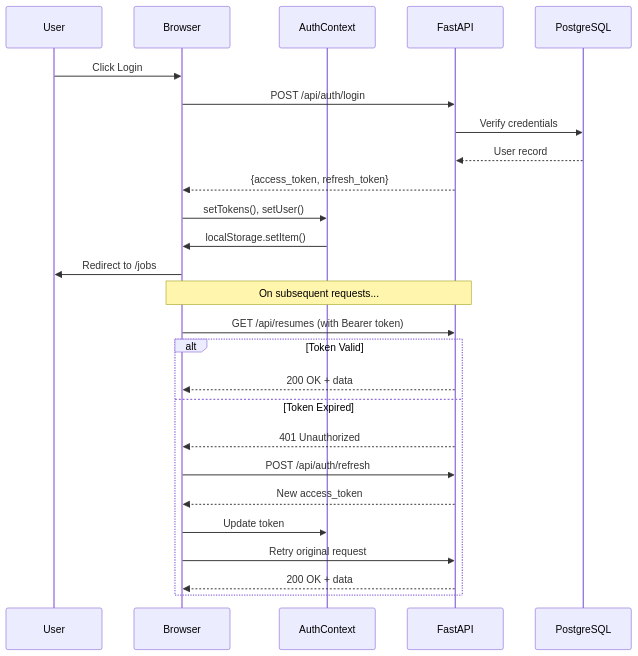
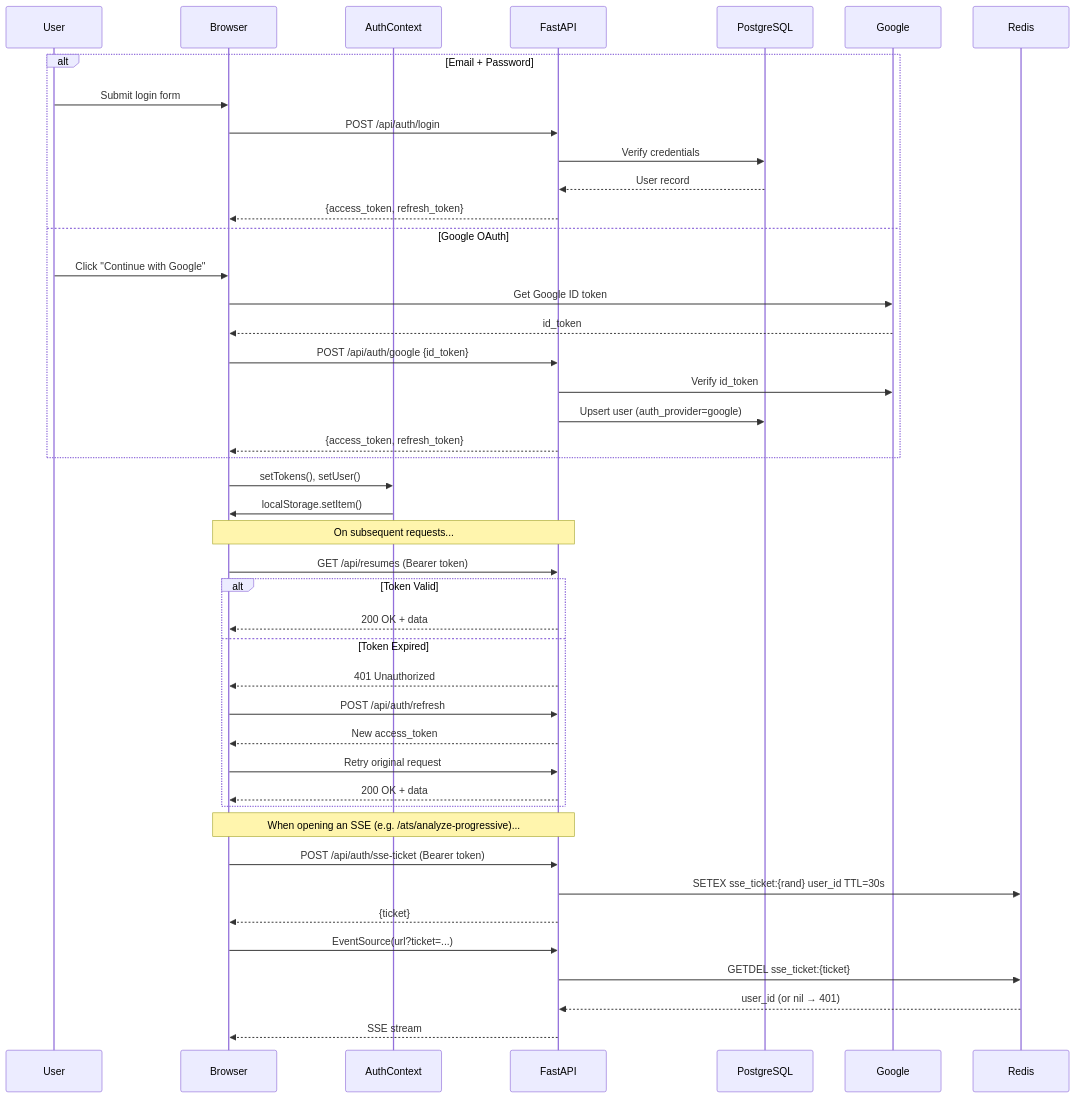
Diagram 21 of 33 in docs/architecture/system-architecture.md (Sungchunn/AI-Resume-Tailor), drawn with Mermaid before and after one commit. The commit also changed other lines of this file, not shown here.

First line of the commit message:
docs: Refresh system-architecture to match current codebase

````diff
--- a/docs/architecture/system-architecture.md
+++ b/docs/architecture/system-architecture.md
@@ -1536,32 +1655,53 @@
 ```mermaid
 sequenceDiagram
     participant User
     participant Browser
     participant AuthCtx as AuthContext
     participant API as FastAPI
     participant DB as PostgreSQL
+    participant Google
+    participant Redis
 
-    User->>Browser: Click Login
-    Browser->>API: POST /api/auth/login
-    API->>DB: Verify credentials
-    DB-->>API: User record
-    API-->>Browser: {access_token, refresh_token}
+    alt Email + Password
+        User->>Browser: Submit login form
+        Browser->>API: POST /api/auth/login
+        API->>DB: Verify credentials
+        DB-->>API: User record
+        API-->>Browser: {access_token, refresh_token}
+    else Google OAuth
+        User->>Browser: Click "Continue with Google"
+        Browser->>Google: Get Google ID token
+        Google-->>Browser: id_token
+        Browser->>API: POST /api/auth/google {id_token}
+        API->>Google: Verify id_token
+        API->>DB: Upsert user (auth_provider=google)
+        API-->>Browser: {access_token, refresh_token}
+    end
+
     Browser->>AuthCtx: setTokens(), setUser()
     AuthCtx->>Browser: localStorage.setItem()
-    Browser->>User: Redirect to /jobs
 
     Note over Browser,API: On subsequent requests...
 
-    Browser->>API: GET /api/resumes (with Bearer token)
+    Browser->>API: GET /api/resumes (Bearer token)
 
     alt Token Valid
         API-->>Browser: 200 OK + data
     else Token Expired
         API-->>Browser: 401 Unauthorized
         Browser->>API: POST /api/auth/refresh
         API-->>Browser: New access_token
-        Browser->>AuthCtx: Update token
         Browser->>API: Retry original request
         API-->>Browser: 200 OK + data
     end
+
+    Note over Browser,API: When opening an SSE (e.g. /ats/analyze-progressive)...
+
+    Browser->>API: POST /api/auth/sse-ticket (Bearer token)
+    API->>Redis: SETEX sse_ticket:{rand} user_id TTL=30s
+    API-->>Browser: {ticket}
+    Browser->>API: EventSource(url?ticket=...)
+    API->>Redis: GETDEL sse_ticket:{ticket}
+    Redis-->>API: user_id (or nil → 401)
+    API-->>Browser: SSE stream
 ```
````
